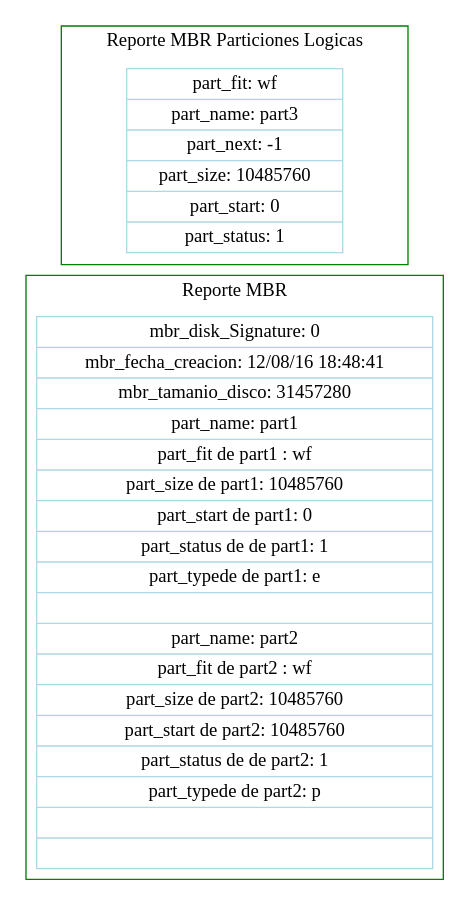
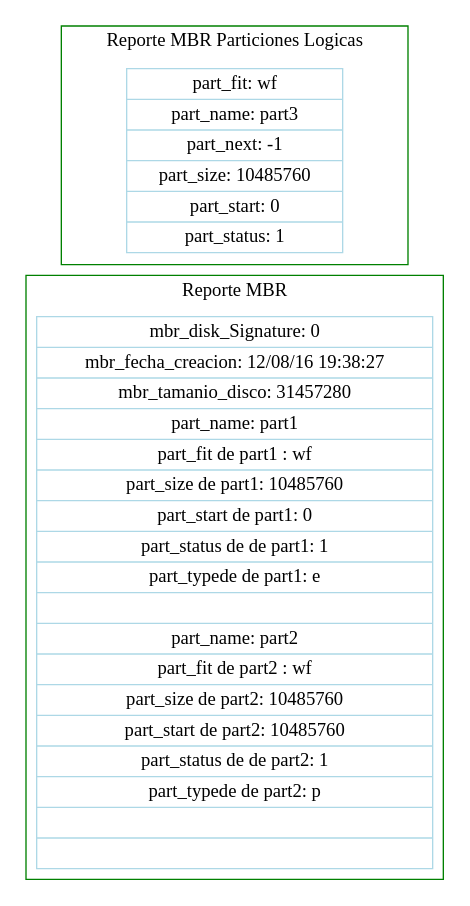
The diagram in [MIA]201314158/archivosMBR.dot (wilsonellolo/-MIA-201314158), drawn with Graphviz before and after one commit. The commit also changed 5 other files, not shown here.

```diff
--- a/[MIA]201314158/archivosMBR.dot
+++ b/[MIA]201314158/archivosMBR.dot
@@ -1,17 +1,17 @@
 digraph{ 
  rankdir = LR; 
  node [shape = record, color = lightblue]; 
  
 
 subgraph clusterESTAD2{ 
  label = " Reporte MBR"; 
  color=green; 
-nodoec1[label = " mbr_disk_Signature: 0 | mbr_fecha_creacion: 12/08/16 18:48:41 | mbr_tamanio_disco: 31457280 | part_name: part1 | part_fit de part1 : wf | part_size de part1: 10485760 | part_start de part1: 0 | part_status de de part1: 1 | part_typede de part1: e |  | part_name: part2 | part_fit de part2 : wf | part_size de part2: 10485760 | part_start de part2: 10485760 | part_status de de part2: 1 | part_typede de part2: p |  | "];
+nodoec1[label = " mbr_disk_Signature: 0 | mbr_fecha_creacion: 12/08/16 19:38:27 | mbr_tamanio_disco: 31457280 | part_name: part1 | part_fit de part1 : wf | part_size de part1: 10485760 | part_start de part1: 0 | part_status de de part1: 1 | part_typede de part1: e |  | part_name: part2 | part_fit de part2 : wf | part_size de part2: 10485760 | part_start de part2: 10485760 | part_status de de part2: 1 | part_typede de part2: p |  | "];
 }
 
 subgraph clusterLOGICAS2{ 
  label = " Reporte MBR Particiones Logicas"; 
  color=green; 
 nodoec11[label = "  part_fit: wf | part_name: part3 | part_next: -1 | part_size: 10485760 | part_start: 0 | part_status: 1"];
 }
 }
```
